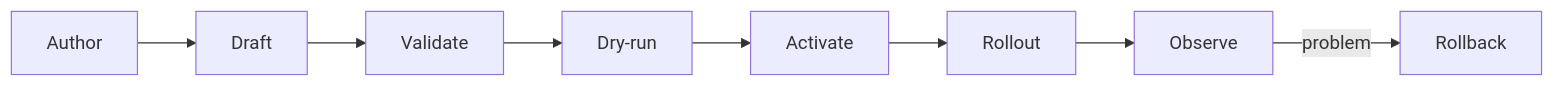
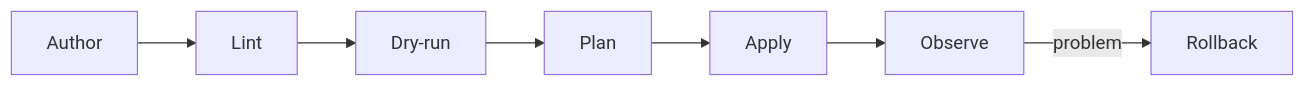
Before and after one commit to GoPlasmatic/Orion: the second of 2 diagrams in README.md, drawn with Mermaid. The commit also changed other lines of this file and 304 other files, not shown here.

````diff
--- a/README.md
+++ b/README.md
@@ -144,5 +172,5 @@
 ```mermaid
 flowchart LR
-    Author --> Draft --> Validate --> DryRun["Dry-run"] --> Activate --> Rollout --> Observe
+    Author --> Lint --> DryRun["Dry-run"] --> Plan --> Apply --> Observe
     Observe -->|problem| Rollback
 ```
````
